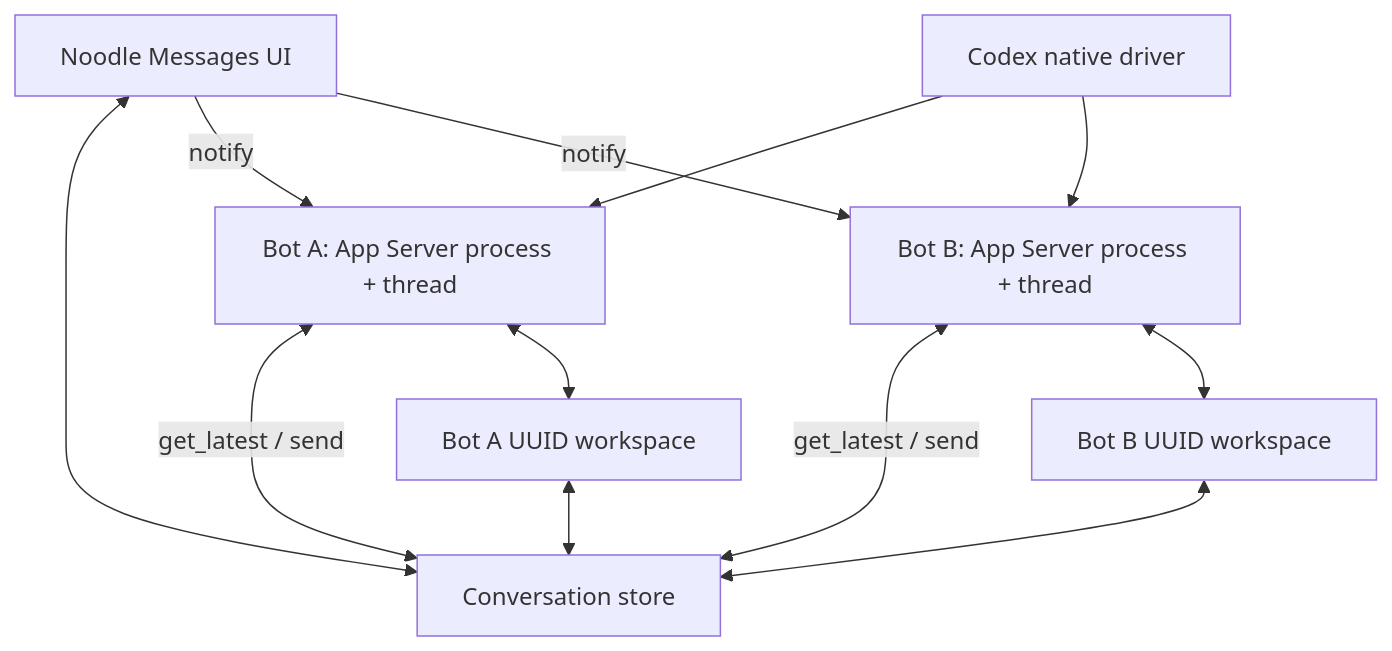
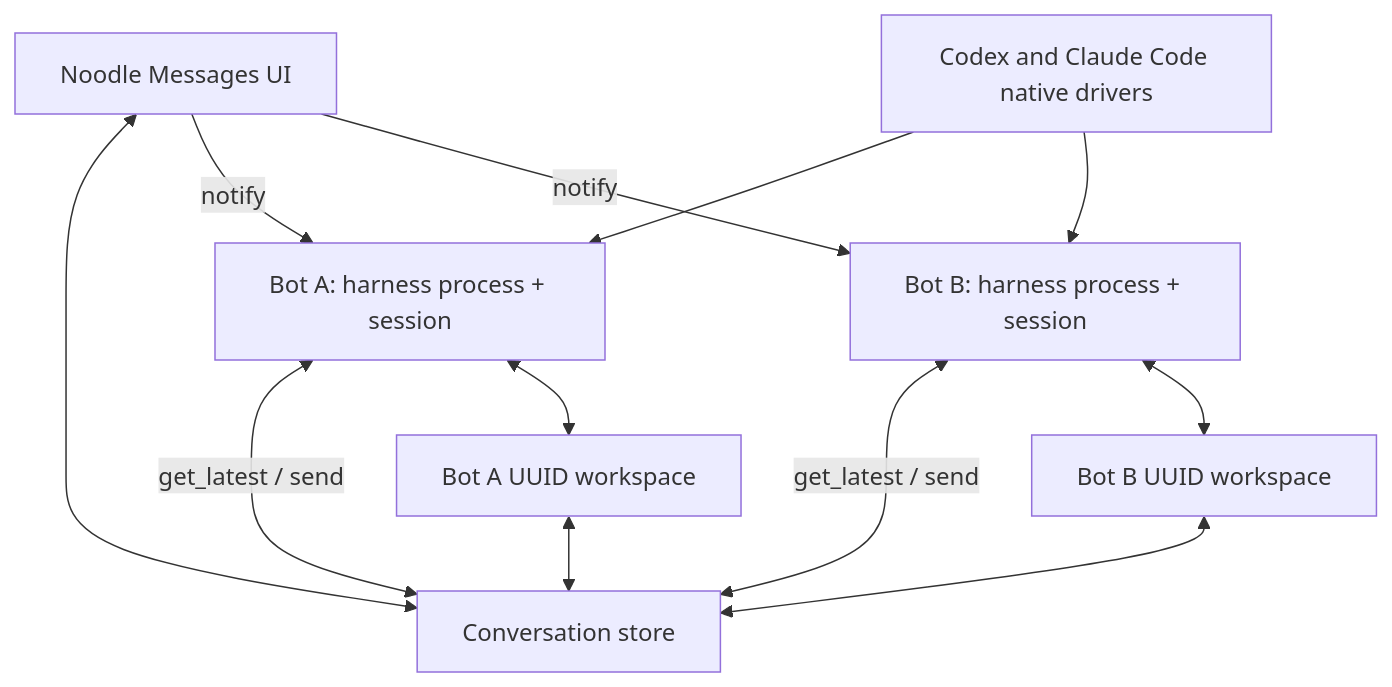
One commit to pdparchitect/noodle changed the diagram in docs/architecture.md. Above: the diagram before and after it, drawn with Mermaid. The commit also changed other lines of this file and 49 other files, not shown here.

Commit message:
Add Claude Code harness, runtime recovery, and generated messaging docs

````diff
--- a/docs/architecture.md
+++ b/docs/architecture.md
@@ -8,22 +8,22 @@
 ```mermaid
 flowchart TB
     UI[Noodle Messages UI]
     STORE[Conversation store]
-    CODEX[Codex native driver]
-    A[Bot A: App Server process + thread]
-    B[Bot B: App Server process + thread]
+    DRIVERS[Codex and Claude Code native drivers]
+    A[Bot A: harness process + session]
+    B[Bot B: harness process + session]
     AW[Bot A UUID workspace]
     BW[Bot B UUID workspace]
 
     UI <--> STORE
     UI -->|notify| A
     UI -->|notify| B
-    CODEX --> A
-    CODEX --> B
+    DRIVERS --> A
+    DRIVERS --> B
     A <-->|get_latest / send| STORE
     B <-->|get_latest / send| STORE
     A <--> AW
     B <--> BW
     AW <--> STORE
     BW <--> STORE
 ```
````
